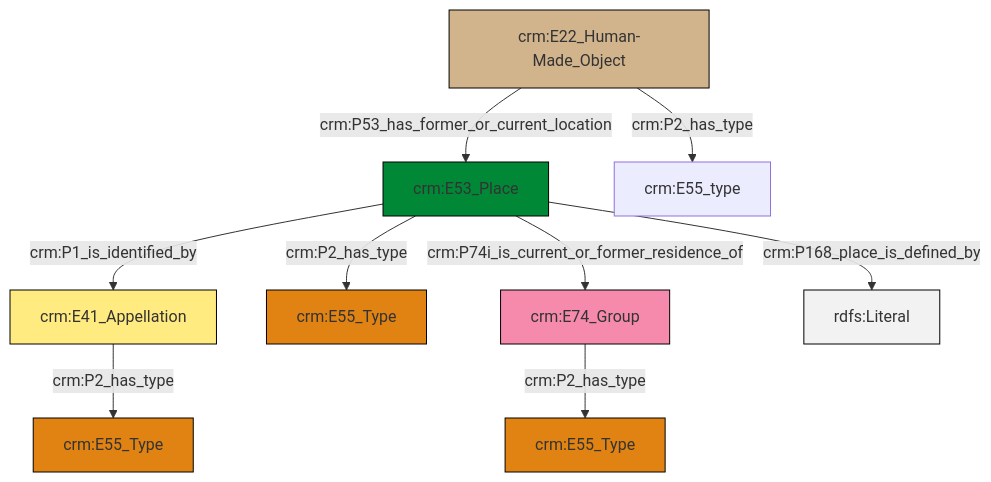
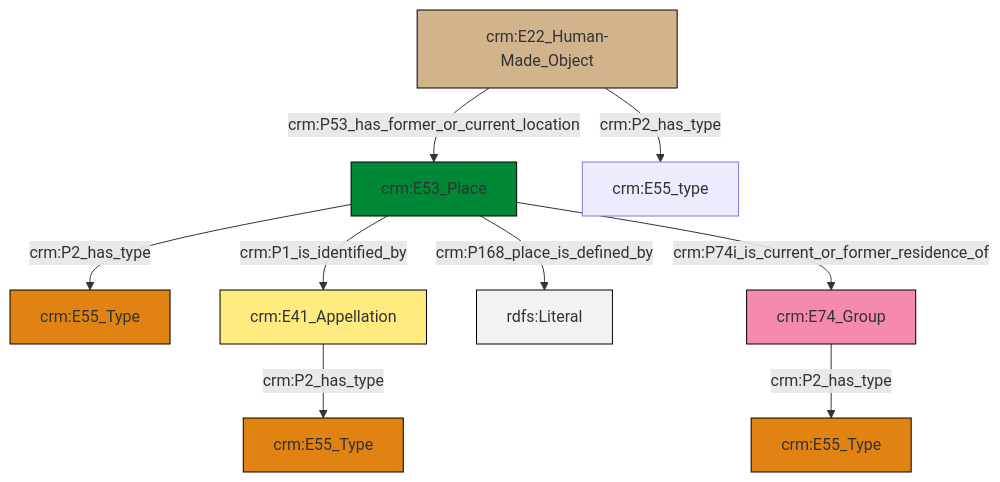
The diagram in et/artworkCSV/ttl/mmd/Artwork_Location.ttl.mmd (swiss-art-research-net/reference-data-models), drawn with Mermaid before and after one commit. The commit also changed 131 other files, not shown here.

```diff
--- a/et/artworkCSV/ttl/mmd/Artwork_Location.ttl.mmd
+++ b/et/artworkCSV/ttl/mmd/Artwork_Location.ttl.mmd
@@ -1,23 +1,23 @@
 graph TD
 classDef Literal fill:#f2f2f2,stroke:#000000;
 classDef CRM_Entity fill:#FFFFFF,stroke:#000000;
 classDef Temporal_Entity fill:#00C9E6, stroke:#000000;
 classDef Type fill:#E18312, stroke:#000000;
 classDef Time-Span fill:#2C9C91, stroke:#000000;
 classDef Appellation fill:#FFEB7F, stroke:#000000;
 classDef Place fill:#008836, stroke:#000000;
 classDef Persistent_Item fill:#B266B2, stroke:#000000;
 classDef Conceptual_Object fill:#FFD700, stroke:#000000;
 classDef Physical_Thing fill:#D2B48C, stroke:#000000;
 classDef Actor fill:#f58aad, stroke:#000000;
 classDef PC_Classes fill:#4ce600, stroke:#000000;
 classDef Multi fill:#cccccc,stroke:#000000;
 
-2["crm:E22_Human-Made_Object"]:::Physical_Thing -->|crm:P53_has_former_or_current_location| 6["crm:E53_Place"]:::Place
-11["crm:E74_Group"]:::Actor -->|crm:P2_has_type| 0["crm:E55_Type"]:::Type
-6["crm:E53_Place"]:::Place -->|crm:P1_is_identified_by| 7["crm:E41_Appellation"]:::Appellation
-2["crm:E22_Human-Made_Object"]:::Physical_Thing -->|crm:P2_has_type| 12["crm:E55_type"]:::Default
-6["crm:E53_Place"]:::Place -->|crm:P168_place_is_defined_by| 18[rdfs:Literal]:::Literal
-7["crm:E41_Appellation"]:::Appellation -->|crm:P2_has_type| 4["crm:E55_Type"]:::Type
-6["crm:E53_Place"]:::Place -->|crm:P74i_is_current_or_former_residence_of| 11["crm:E74_Group"]:::Actor
-6["crm:E53_Place"]:::Place -->|crm:P2_has_type| 9["crm:E55_Type"]:::Type
+4["crm:E22_Human-Made_Object"]:::Physical_Thing -->|crm:P53_has_former_or_current_location| 5["crm:E53_Place"]:::Place
+5["crm:E53_Place"]:::Place -->|crm:P168_place_is_defined_by| 12[rdfs:Literal]:::Literal
+13["crm:E41_Appellation"]:::Appellation -->|crm:P2_has_type| 2["crm:E55_Type"]:::Type
+5["crm:E53_Place"]:::Place -->|crm:P2_has_type| 0["crm:E55_Type"]:::Type
+8["crm:E74_Group"]:::Actor -->|crm:P2_has_type| 10["crm:E55_Type"]:::Type
+5["crm:E53_Place"]:::Place -->|crm:P1_is_identified_by| 13["crm:E41_Appellation"]:::Appellation
+4["crm:E22_Human-Made_Object"]:::Physical_Thing -->|crm:P2_has_type| 6["crm:E55_type"]:::Default
+5["crm:E53_Place"]:::Place -->|crm:P74i_is_current_or_former_residence_of| 8["crm:E74_Group"]:::Actor
```
